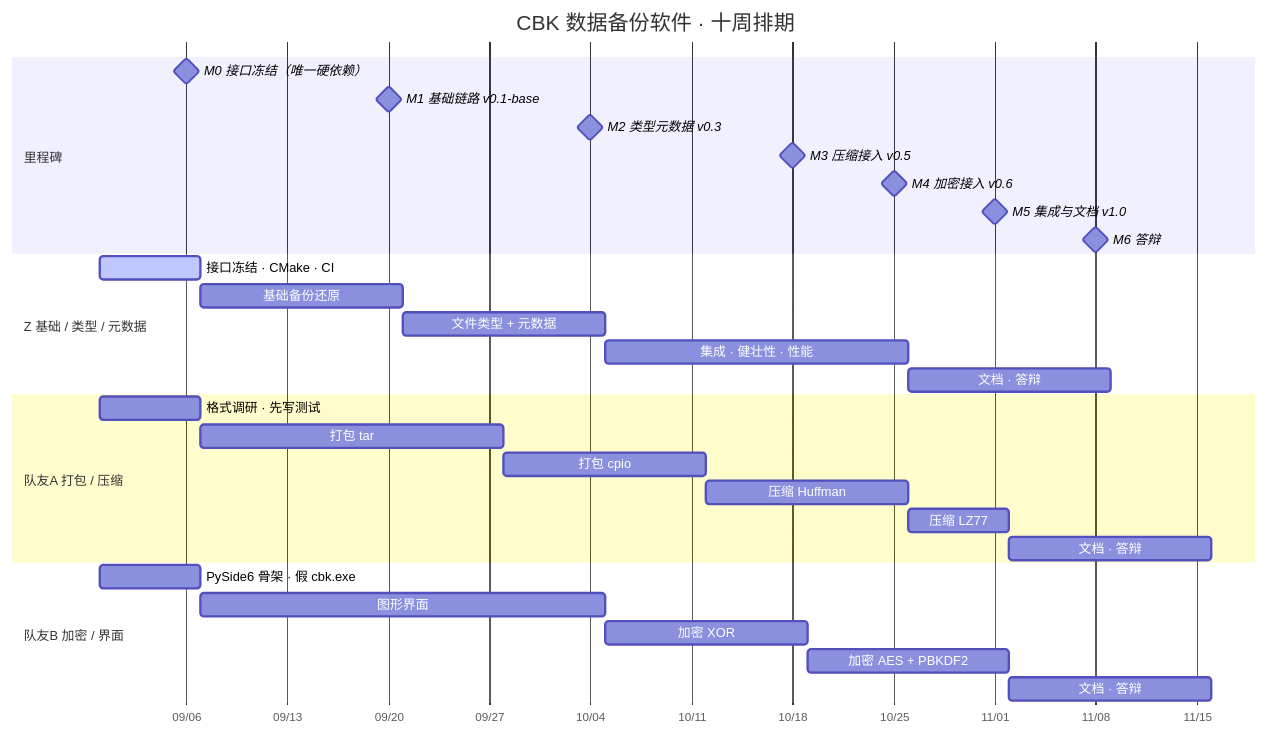
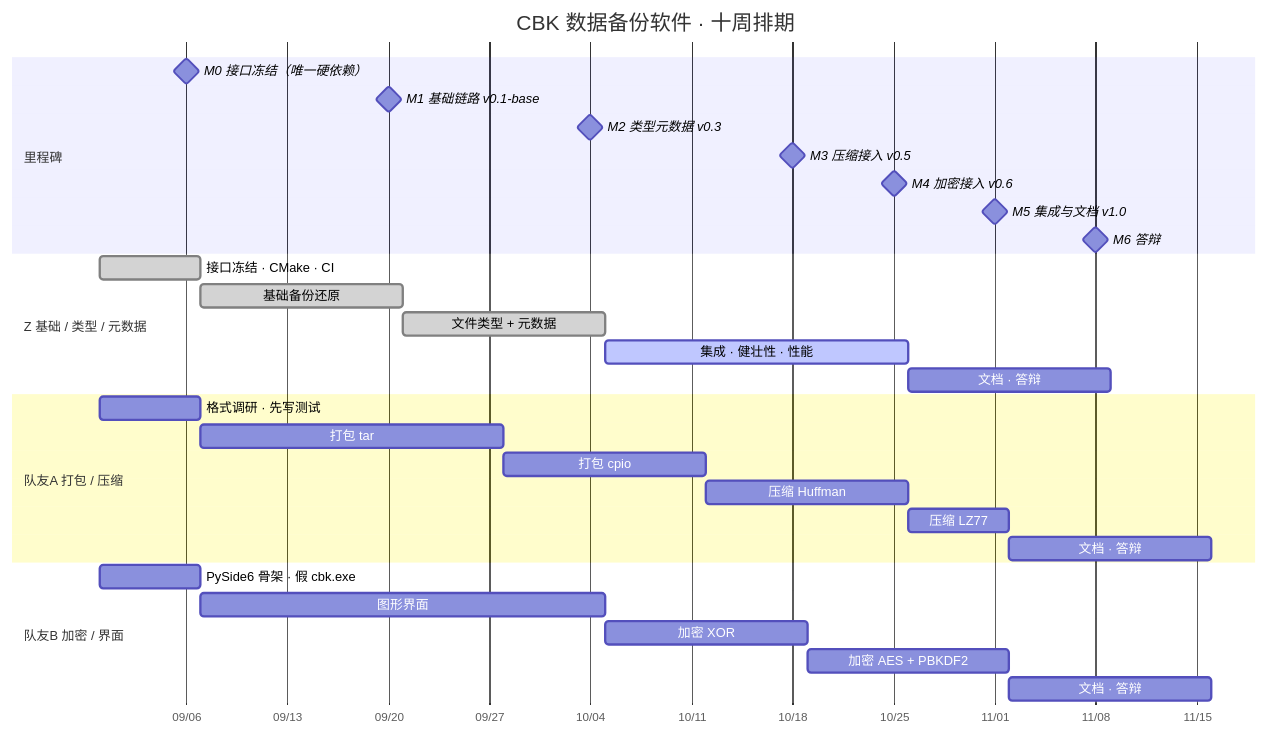
One commit to urab547/CBK changed the diagram in docs/项目进度.md. Above: the diagram before and after it, drawn with Mermaid. The commit also changed other lines of this file and 2 other files, not shown here.

First paragraph of the commit message:
docs(需求): 需求分析说明书 v1.0 (#26)
Closes #12

````diff
--- a/docs/项目进度.md
+++ b/docs/项目进度.md
@@ -11,38 +13,38 @@
 ```mermaid
 gantt
     title CBK 数据备份软件 · 十周排期
     dateFormat  YYYY-MM-DD
     axisFormat  %m/%d
     todayMarker stroke-width:2px,stroke:#c0392b
 
     section 里程碑
     M0 接口冻结（唯一硬依赖）  :milestone, m0, 2026-09-06, 0d
     M1 基础链路 v0.1-base      :milestone, m1, 2026-09-20, 0d
     M2 类型元数据 v0.3         :milestone, m2, 2026-10-04, 0d
     M3 压缩接入 v0.5           :milestone, m3, 2026-10-18, 0d
     M4 加密接入 v0.6           :milestone, m4, 2026-10-25, 0d
     M5 集成与文档 v1.0         :milestone, m5, 2026-11-01, 0d
     M6 答辩                    :milestone, m6, 2026-11-08, 0d
 
     section Z 基础 / 类型 / 元数据
-    接口冻结 · CMake · CI      :active, z1, 2026-08-31, 7d
-    基础备份还原                :z2, after z1, 14d
-    文件类型 + 元数据           :z3, after z2, 14d
-    集成 · 健壮性 · 性能        :z4, after z3, 21d
+    接口冻结 · CMake · CI      :done, z1, 2026-08-31, 7d
+    基础备份还原                :done, z2, after z1, 14d
+    文件类型 + 元数据           :done, z3, after z2, 14d
+    集成 · 健壮性 · 性能        :active, z4, after z3, 21d
     文档 · 答辩                 :z5, after z4, 14d
 
     section 队友A 打包 / 压缩
     格式调研 · 先写测试         :a1, 2026-08-31, 7d
     打包 tar                    :a2, after a1, 21d
     打包 cpio                   :a3, after a2, 14d
     压缩 Huffman                :a4, after a3, 14d
     压缩 LZ77                   :a5, after a4, 7d
     文档 · 答辩                 :a6, after a5, 14d
 
     section 队友B 加密 / 界面
     PySide6 骨架 · 假 cbk.exe   :b1, 2026-08-31, 7d
     图形界面                    :b2, after b1, 28d
     加密 XOR                    :b3, after b2, 14d
     加密 AES + PBKDF2           :b4, after b3, 14d
     文档 · 答辩                 :b5, after b4, 14d
 ```
````
